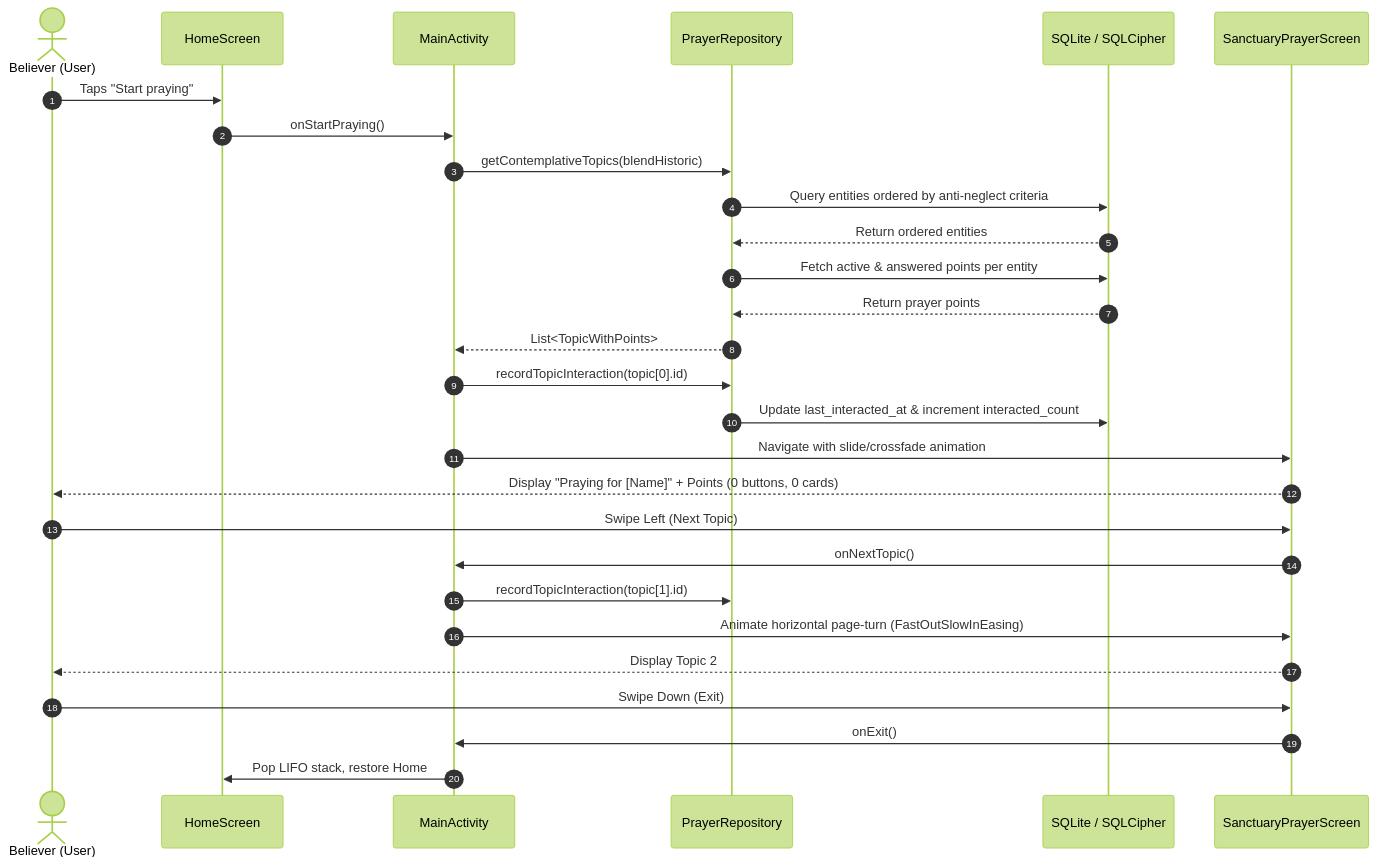
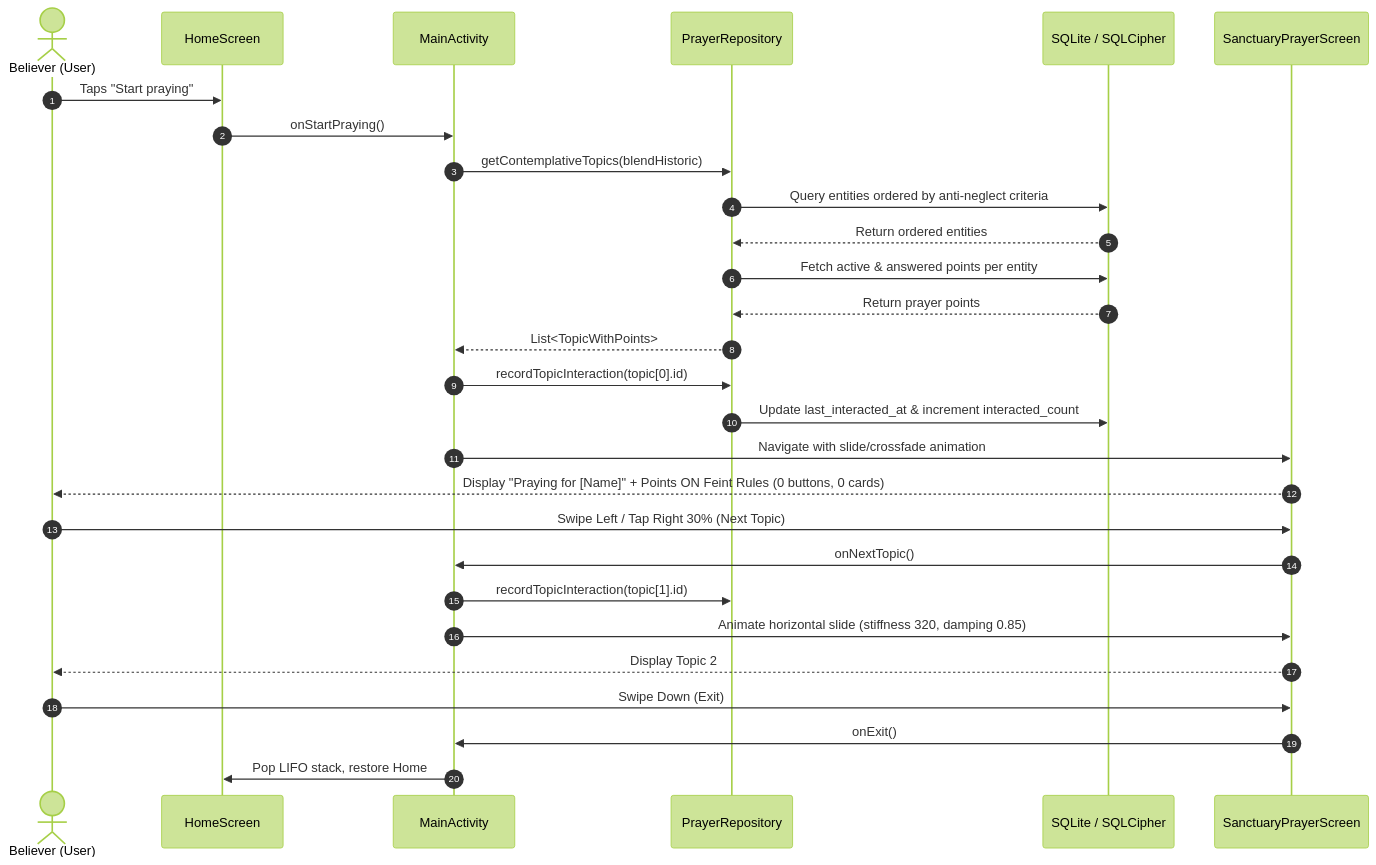
The sixth of 8 diagrams in planning/codebase_knowledge_graph.md (iamenianc/Prayer), drawn with Mermaid (forest theme) before and after one commit. The commit also changed other lines of this file and 37 other files, not shown here.

````diff
--- a/planning/codebase_knowledge_graph.md
+++ b/planning/codebase_knowledge_graph.md
@@ -373,33 +316,33 @@
 ```mermaid
 sequenceDiagram
     autonumber
     actor Believer as Believer (User)
     participant Home as HomeScreen
     participant Main as MainActivity
     participant Repo as PrayerRepository
     participant DB as SQLite / SQLCipher
     participant Sanct as SanctuaryPrayerScreen
 
     Believer->>Home: Taps "Start praying"
     Home->>Main: onStartPraying()
     Main->>Repo: getContemplativeTopics(blendHistoric)
     Repo->>DB: Query entities ordered by anti-neglect criteria
     DB-->>Repo: Return ordered entities
     Repo->>DB: Fetch active & answered points per entity
     DB-->>Repo: Return prayer points
     Repo-->>Main: List<TopicWithPoints>
     Main->>Repo: recordTopicInteraction(topic[0].id)
     Repo->>DB: Update last_interacted_at & increment interacted_count
     Main->>Sanct: Navigate with slide/crossfade animation
-    Sanct-->>Believer: Display "Praying for [Name]" + Points (0 buttons, 0 cards)
+    Sanct-->>Believer: Display "Praying for [Name]" + Points ON Feint Rules (0 buttons, 0 cards)
     
-    Believer->>Sanct: Swipe Left (Next Topic)
+    Believer->>Sanct: Swipe Left / Tap Right 30% (Next Topic)
     Sanct->>Main: onNextTopic()
     Main->>Repo: recordTopicInteraction(topic[1].id)
-    Main->>Sanct: Animate horizontal page-turn (FastOutSlowInEasing)
+    Main->>Sanct: Animate horizontal slide (stiffness 320, damping 0.85)
     Sanct-->>Believer: Display Topic 2
     
     Believer->>Sanct: Swipe Down (Exit)
     Sanct->>Main: onExit()
     Main->>Home: Pop LIFO stack, restore Home
 ```
````
